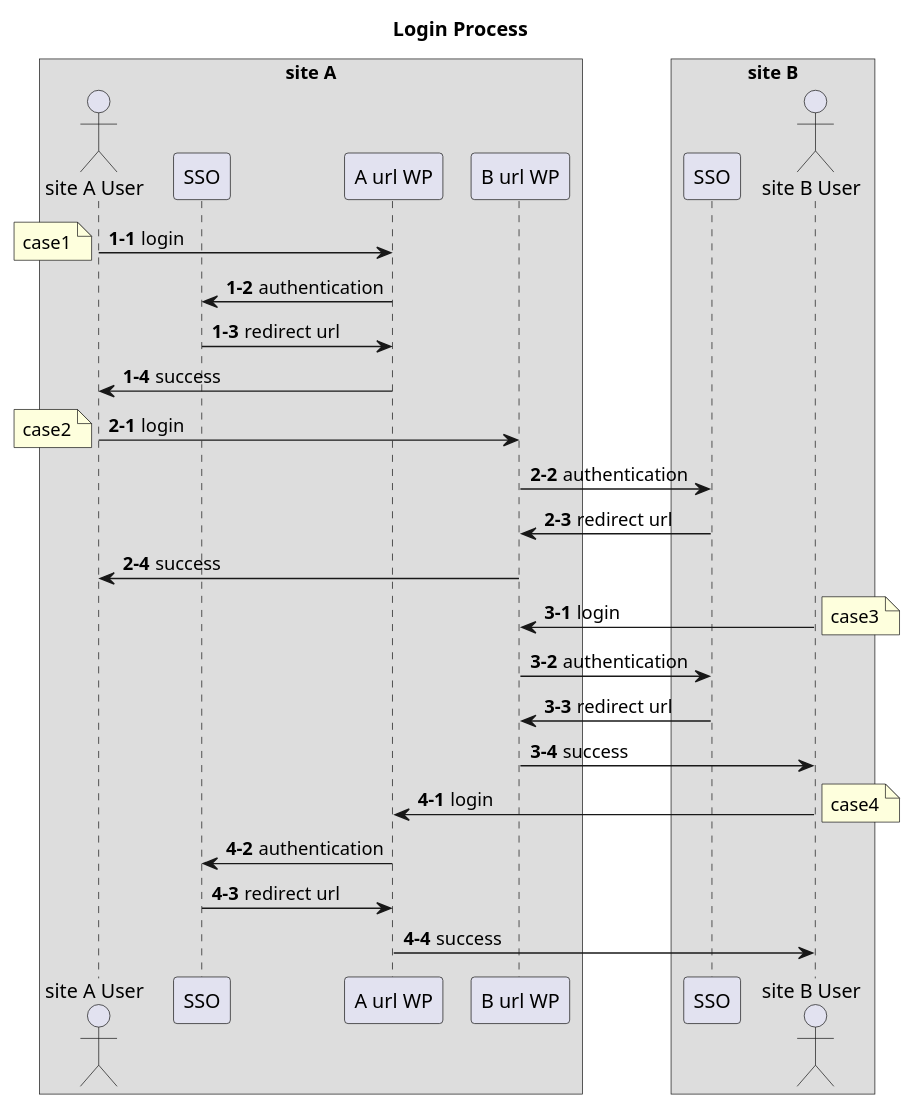
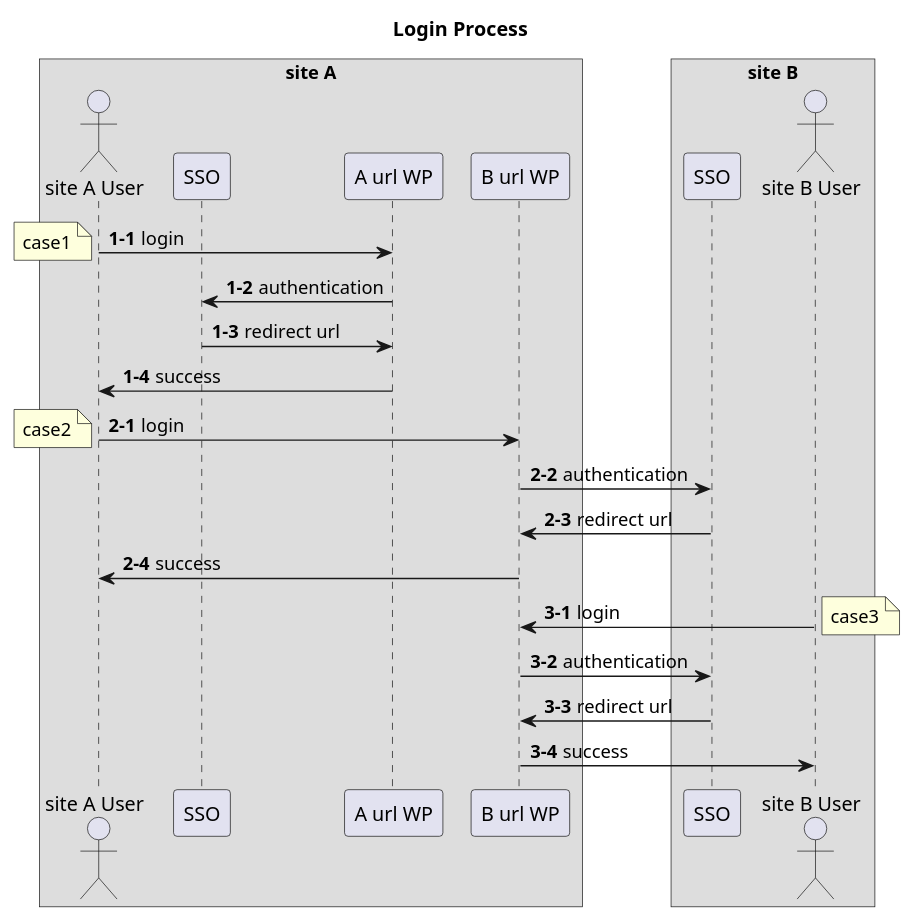
Before and after one commit to kloudbank/htdp1.github.io: the fourth of 7 diagrams in docs/src/multi-cloud/diagram.md, drawn with PlantUML. The commit also changed other lines of this file, not shown here.

```diff
--- a/docs/src/multi-cloud/diagram.md
+++ b/docs/src/multi-cloud/diagram.md
@@ -81,44 +90,38 @@
 @startuml
 
 scale 1
 skinparam ParticipantPadding 5
 skinparam BoxPadding 5
 title "Login Process"
 
 box "site A"
 actor "site A User" as a_user
 participant SSO as a_sso
 participant "A url WP" as a_wp
 participant "B url WP" as b_wp
 end box
 box "site B"
 participant SSO as b_sso
 actor "site B User" as b_user
 end box
 
 autonumber 1-1
 a_user -> a_wp : login
 note left : case1
 a_wp -> a_sso : authentication
 a_sso -> a_wp : redirect url
 a_wp -> a_user : success
 autonumber 2-1
 a_user -> b_wp : login
 note left : case2
 b_wp -> b_sso : authentication
 b_sso -> b_wp : redirect url
 b_wp -> a_user : success
 autonumber 3-1
 b_user -> b_wp : login
 note right : case3
 b_wp -> b_sso : authentication
 b_sso -> b_wp : redirect url
 b_wp -> b_user : success
-autonumber 4-1
-b_user -> a_wp : login
-note right : case4
-a_wp -> a_sso : authentication
-a_sso -> a_wp : redirect url
-a_wp -> b_user : success
 
 @enduml
```
